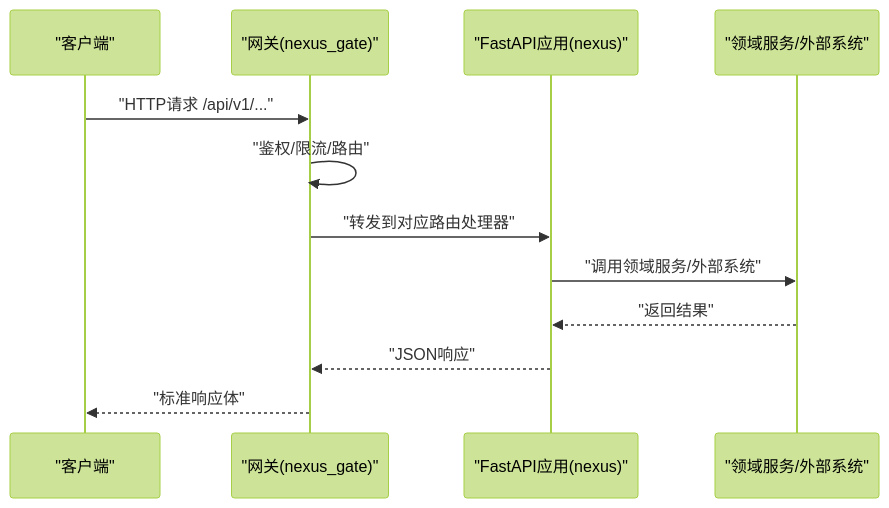
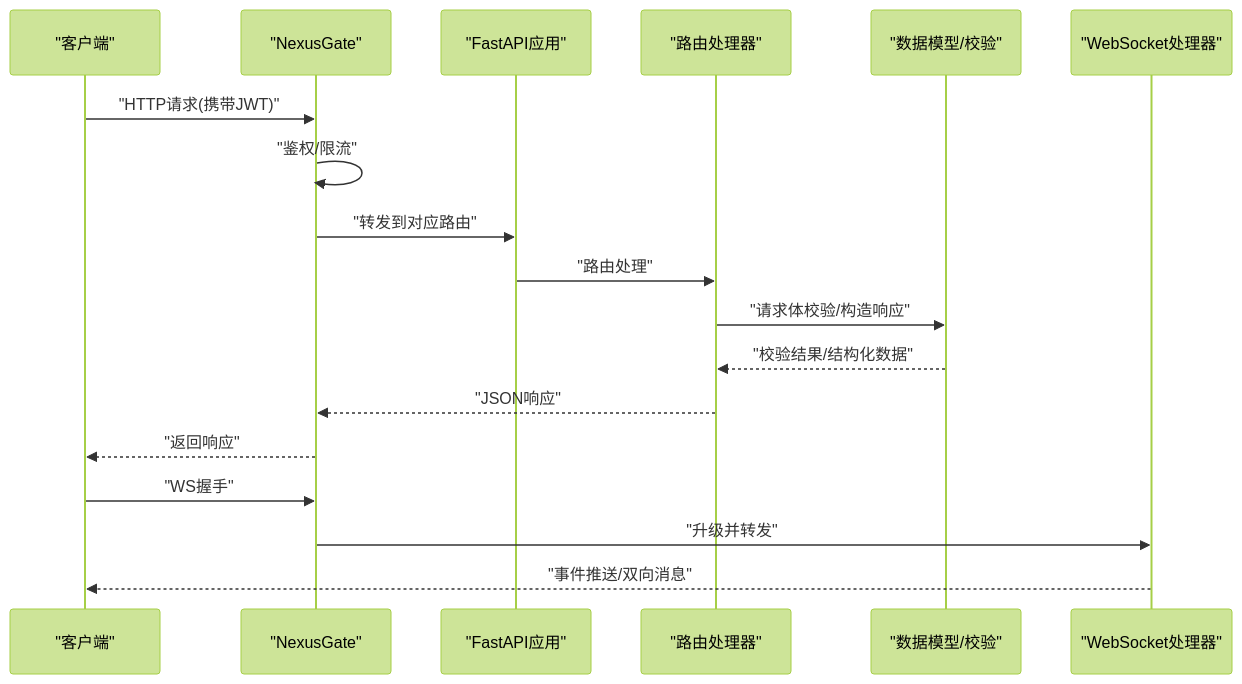
One commit to zmdhdu/NexusCockpit changed the second of 4 diagrams in .qoder/repowiki/zh/content/API接口文档/API接口文档.md. Above: the diagram before and after it, drawn with Mermaid (forest theme). The commit also changed other lines of this file and 478 other files, not shown here.

````diff
--- a/.qoder/repowiki/zh/content/API接口文档/API接口文档.md
+++ b/.qoder/repowiki/zh/content/API接口文档/API接口文档.md
@@ -94,14 +96,20 @@
 ```mermaid
 sequenceDiagram
 participant C as "客户端"
-participant G as "网关(nexus_gate)"
-participant A as "FastAPI应用(nexus)"
-participant S as "领域服务/外部系统"
-C->>G : "HTTP请求 /api/v1/..."
-G->>G : "鉴权/限流/路由"
-G->>A : "转发到对应路由处理器"
-A->>S : "调用领域服务/外部系统"
-S-->>A : "返回结果"
-A-->>G : "JSON响应"
-G-->>C : "标准响应体"
+participant G as "NexusGate"
+participant A as "FastAPI应用"
+participant R as "路由处理器"
+participant M as "数据模型/校验"
+participant W as "WebSocket处理器"
+C->>G : "HTTP请求(携带JWT)"
+G->>G : "鉴权/限流"
+G->>A : "转发到对应路由"
+A->>R : "路由处理"
+R->>M : "请求体校验/构造响应"
+M-->>R : "校验结果/结构化数据"
+R-->>G : "JSON响应"
+G-->>C : "返回响应"
+C->>G : "WS握手"
+G->>W : "升级并转发"
+W-->>C : "事件推送/双向消息"
 ```
````
